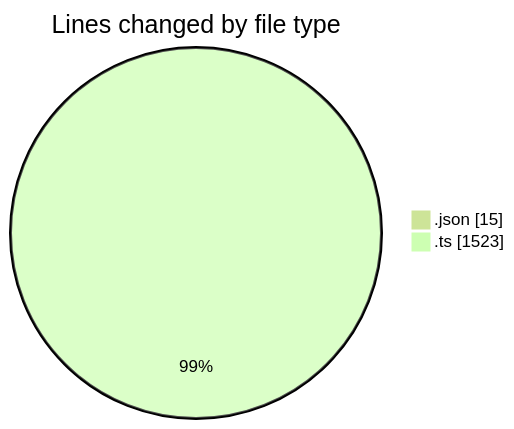
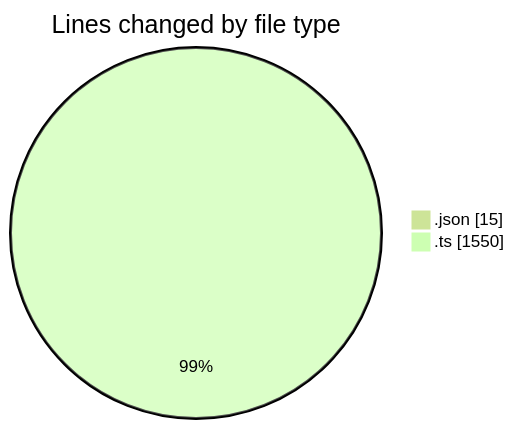
One commit to tmsrecording-cyber/code-tracking changed the first of 2 diagrams in 2026-02-01/singularitybrainai/README.md. Above: the diagram before and after it, drawn with Mermaid (forest theme). The commit also changed other lines of this file and 1 other file, not shown here.

````diff
--- a/2026-02-01/singularitybrainai/README.md
+++ b/2026-02-01/singularitybrainai/README.md
@@ -22,6 +22,6 @@
 ```mermaid
 pie showData
 title Lines changed by file type
 ".json" : 15
-".ts" : 1523
+".ts" : 1550
 ```
````
